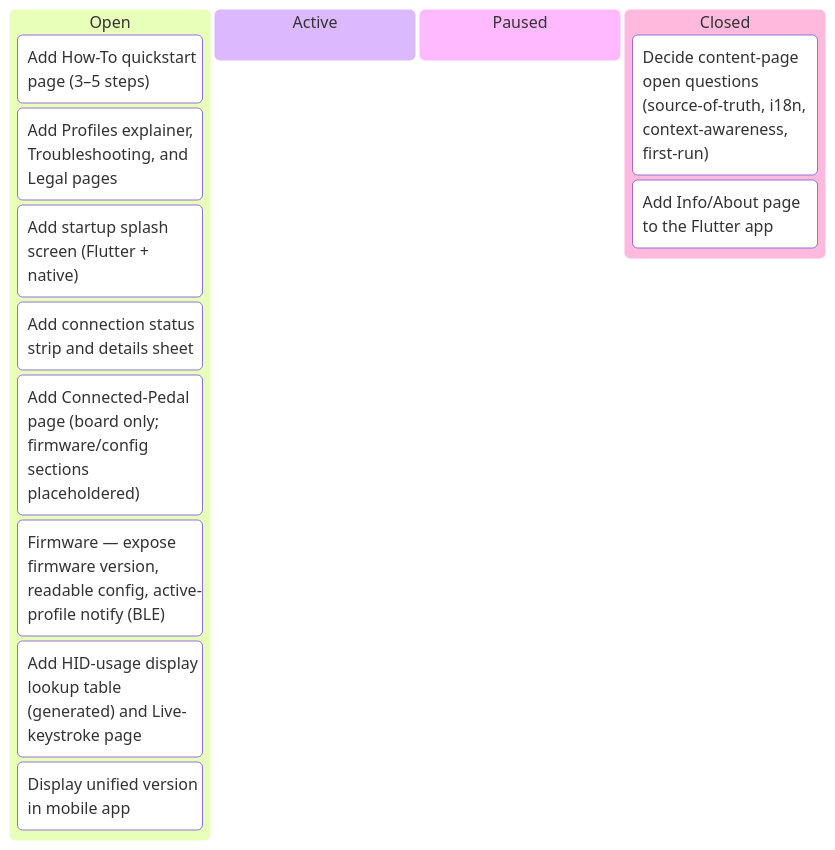
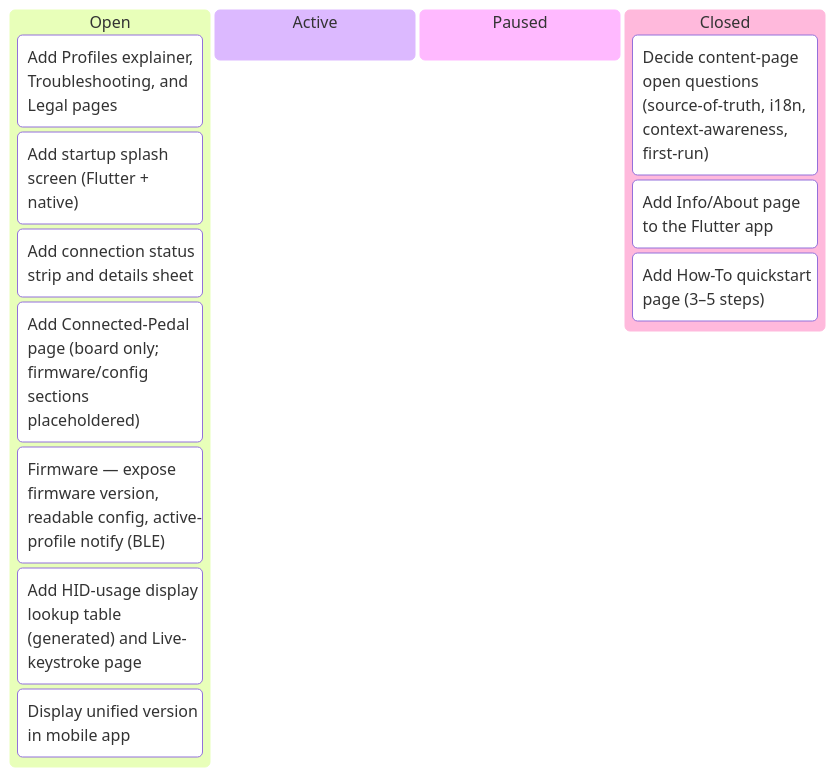
One commit to tgd1975/AwesomeStudioPedal changed the first of 7 diagrams in docs/developers/tasks/KANBAN.md. Above: the diagram before and after it, drawn with Mermaid. The commit also changed other lines of this file and 11 other files, not shown here.

First line of the commit message:
close TASK-332: Add How-To quickstart page (3–5 steps)

````diff
--- a/docs/developers/tasks/KANBAN.md
+++ b/docs/developers/tasks/KANBAN.md
@@ -11,17 +11,17 @@
 ```mermaid
 kanban
   Open
-    TASK_332["Add How-To quickstart page (3–5 steps)"]
     TASK_333["Add Profiles explainer, Troubleshooting, and Legal pages"]
     TASK_334["Add startup splash screen (Flutter + native)"]
     TASK_335["Add connection status strip and details sheet"]
     TASK_336["Add Connected-Pedal page (board only; firmware/config sections placeholdered)"]
     TASK_337["Firmware — expose firmware version, readable config, active-profile notify (BLE)"]
     TASK_338["Add HID-usage display lookup table (generated) and Live-keystroke page"]
     TASK_349["Display unified version in mobile app"]
   Active
   Paused
   Closed
     TASK_330["Decide content-page open questions (source-of-truth, i18n, context-awareness, first-run)"]
     TASK_331["Add Info/About page to the Flutter app"]
+    TASK_332["Add How-To quickstart page (3–5 steps)"]
 ```
````
